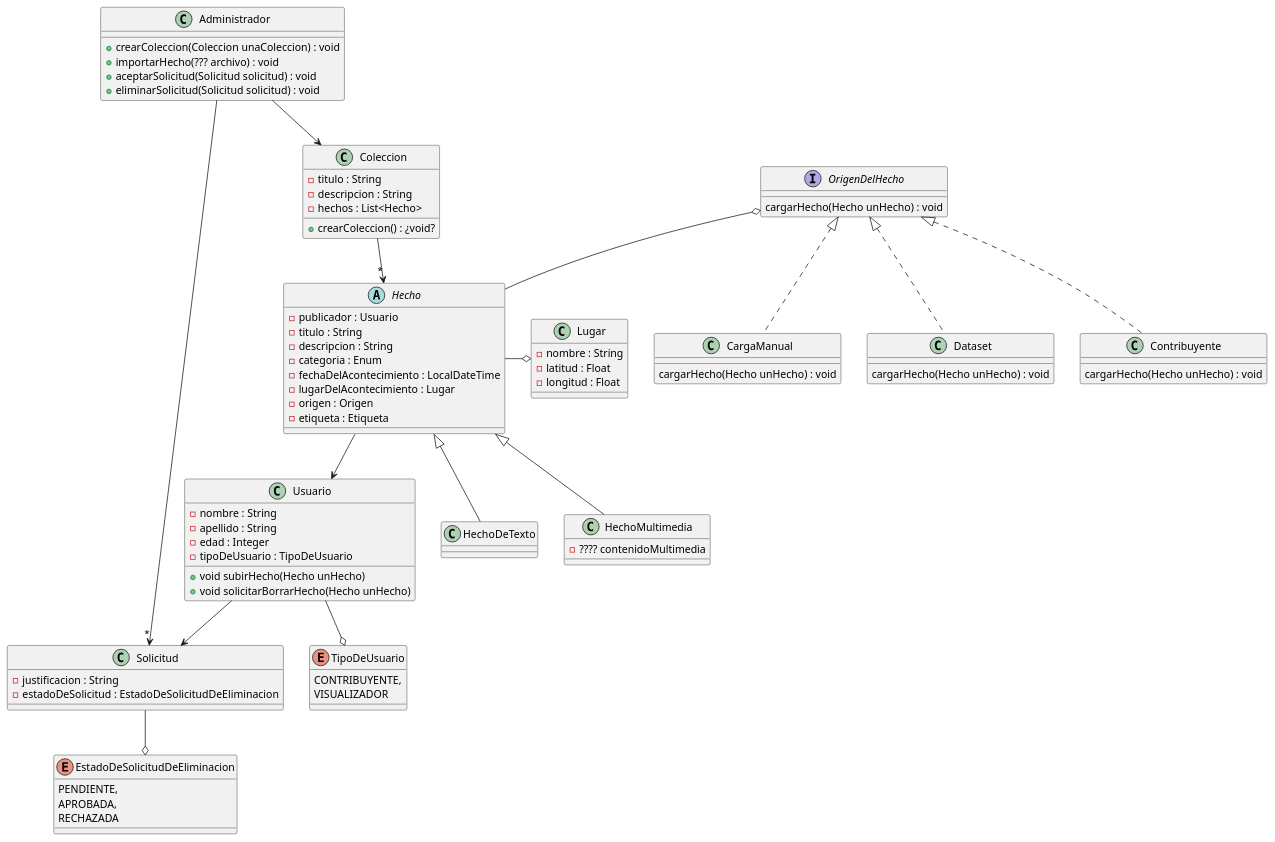
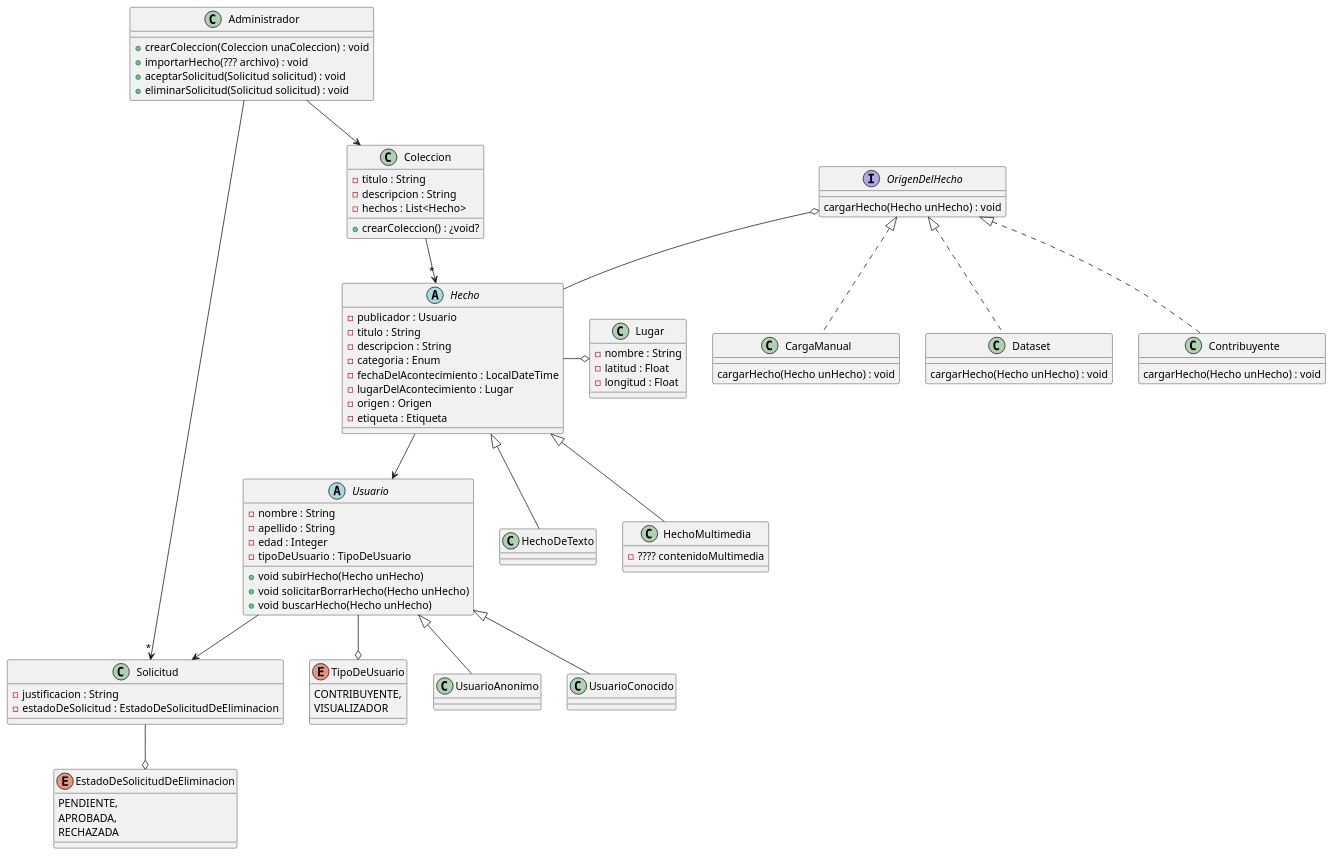
One commit to vclevy/MetaMapa changed the diagram in src/main/diagramas/DC1raEntrega.puml. Above: the diagram before and after it, drawn with PlantUML. The commit also changed 4 other files, not shown here.

```diff
--- a/src/main/diagramas/DC1raEntrega.puml
+++ b/src/main/diagramas/DC1raEntrega.puml
@@ -1,95 +1,102 @@
 @startuml
 'https://plantuml.com/class-diagram
 'El titulo podria ser un posible enum
 
 class Coleccion{
     - titulo : String
     - descripcion : String
     - hechos : List<Hecho>
 
     + crearColeccion() : ¿void?
 }
 
 abstract class Hecho{
   - publicador : Usuario
   - titulo : String
   - descripcion : String
   - categoria : Enum
   - fechaDelAcontecimiento : LocalDateTime
   - lugarDelAcontecimiento : Lugar
   - origen : Origen
   - etiqueta : Etiqueta
 }
 
 class HechoDeTexto extends Hecho{
 }
 
 class HechoMultimedia extends Hecho{
  - ???? contenidoMultimedia
 }
 
 class Lugar{
     - nombre : String
     - latitud : Float
     - longitud : Float
 }
 
 interface OrigenDelHecho {
     cargarHecho(Hecho unHecho) : void
 }
 
 class CargaManual implements OrigenDelHecho {
     cargarHecho(Hecho unHecho) : void
 }
 
 class Dataset implements OrigenDelHecho {
     cargarHecho(Hecho unHecho) : void
 }
 
 class Contribuyente implements OrigenDelHecho {
     cargarHecho(Hecho unHecho) : void
 }
 
-class Usuario{
+abstract class Usuario{
     - nombre : String
     - apellido : String
     - edad : Integer
     - tipoDeUsuario : TipoDeUsuario
     + void subirHecho(Hecho unHecho)
     + void solicitarBorrarHecho(Hecho unHecho)
+    + void buscarHecho(Hecho unHecho)
 }
 
 enum TipoDeUsuario {
     CONTRIBUYENTE,
     VISUALIZADOR
+}
+
+class UsuarioAnonimo extends Usuario {
+}
+
+class UsuarioConocido extends Usuario {
 }
 
 class Solicitud{
     - justificacion : String
     - estadoDeSolicitud : EstadoDeSolicitudDeEliminacion
 }
 
 enum EstadoDeSolicitudDeEliminacion {
     PENDIENTE,
     APROBADA,
     RECHAZADA
 }
 
 class Administrador{
    + crearColeccion(Coleccion unaColeccion) : void
    + importarHecho(??? archivo) : void
    + aceptarSolicitud(Solicitud solicitud) : void
    + eliminarSolicitud(Solicitud solicitud) : void
 }
 
 Hecho --> Usuario
 Lugar o-l- Hecho
 Coleccion -->"*" Hecho
 Administrador -->"*" Solicitud
 Administrador --> Coleccion
 Usuario --> Solicitud
 EstadoDeSolicitudDeEliminacion o-u- Solicitud
 TipoDeUsuario o-u- Usuario
 OrigenDelHecho o-- Hecho
 
 @enduml
```
